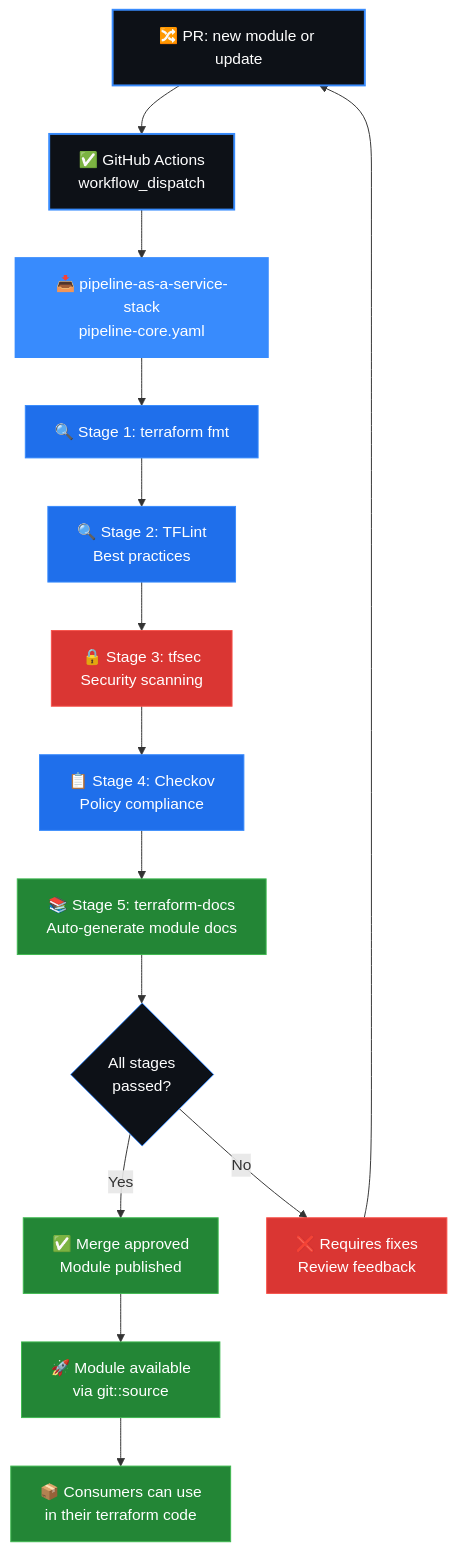
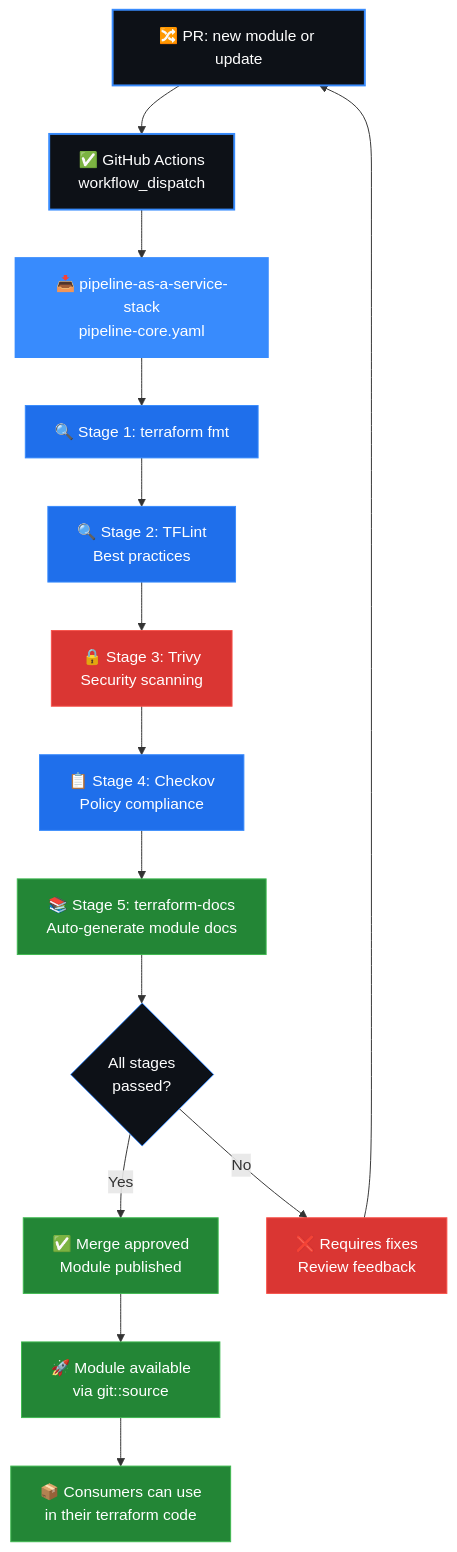
Before and after one commit to orafaelferreiraa/tfmodules-as-a-service-stack: the third of 3 diagrams in README.md, drawn with Mermaid. The commit also changed other lines of this file, not shown here.

Commit message:
Update security scanning tool from tfsec to Trivy and bump Terraform and azurerm version requirements in README.md

````diff
--- a/README.md
+++ b/README.md
@@ -115,31 +115,31 @@
 ```mermaid
 flowchart TD
     A["🔀 PR: new module or update"] --> B["✅ GitHub Actions<br/>workflow_dispatch"]
     B --> C["📥 pipeline-as-a-service-stack<br/>pipeline-core.yaml"]
     C --> D["🔍 Stage 1: terraform fmt"]
     D --> E["🔍 Stage 2: TFLint<br/>Best practices"]
-    E --> F["🔒 Stage 3: tfsec<br/>Security scanning"]
+    E --> F["🔒 Stage 3: Trivy<br/>Security scanning"]
     F --> G["📋 Stage 4: Checkov<br/>Policy compliance"]
     G --> H["📚 Stage 5: terraform-docs<br/>Auto-generate module docs"]
     H --> I{"All stages<br/>passed?"}
     I -->|Yes| J["✅ Merge approved<br/>Module published"]
     I -->|No| K["❌ Requires fixes<br/>Review feedback"]
     
     J --> L["🚀 Module available<br/>via git::source"]
     L --> M["📦 Consumers can use<br/>in their terraform code"]
     K --> A
     
     style A fill:#0d1117,stroke:#388bfd,color:#fff,stroke-width:2px
     style B fill:#0d1117,stroke:#388bfd,color:#fff,stroke-width:2px
     style C fill:#388bfd,stroke:#388bfd,color:#fff,stroke-width:2px
     style D fill:#1f6feb,stroke:#388bfd,color:#fff
     style E fill:#1f6feb,stroke:#388bfd,color:#fff
     style F fill:#da3633,stroke:#f85149,color:#fff
     style G fill:#1f6feb,stroke:#388bfd,color:#fff
     style H fill:#238636,stroke:#3fb950,color:#fff
     style I fill:#0d1117,stroke:#388bfd,color:#fff
     style J fill:#238636,stroke:#3fb950,color:#fff
     style K fill:#da3633,stroke:#f85149,color:#fff
     style L fill:#238636,stroke:#3fb950,color:#fff
     style M fill:#238636,stroke:#3fb950,color:#fff
 ```
````
